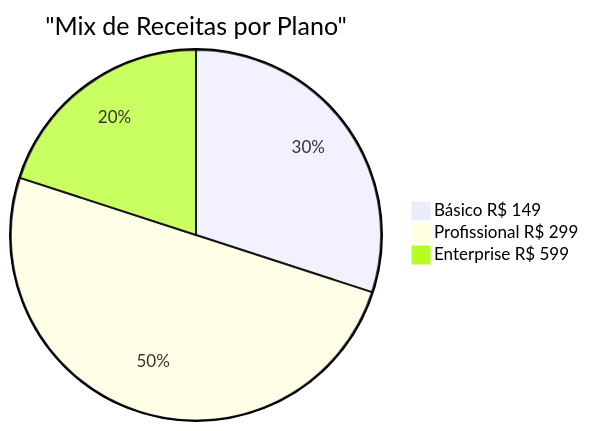
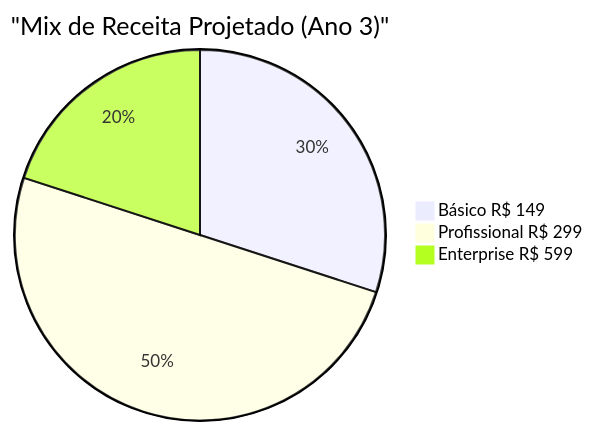
One commit to matheusmendes720/workconnect-tcc changed the fifth of 8 diagrams in documentation/docs/estrategia/bmc-canvas.mdx. Above: the diagram before and after it, drawn with Mermaid. The commit also changed other lines of this file and 16 other files, not shown here.

````diff
--- a/documentation/docs/estrategia/bmc-canvas.mdx
+++ b/documentation/docs/estrategia/bmc-canvas.mdx
@@ -254,6 +197,6 @@
 ```mermaid
-pie title "Mix de Receitas por Plano"
+pie title "Mix de Receita Projetado (Ano 3)"
     "Básico R$ 149" : 30
     "Profissional R$ 299" : 50
     "Enterprise R$ 599" : 20
 ```
````
